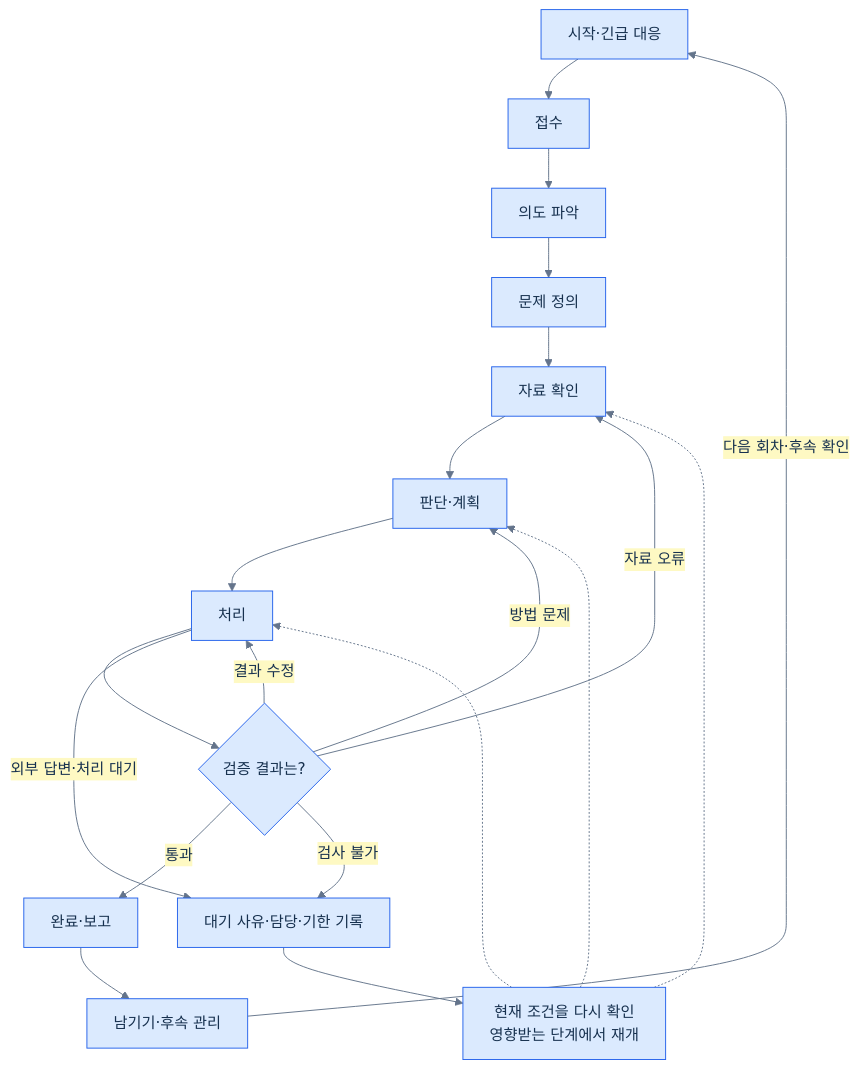
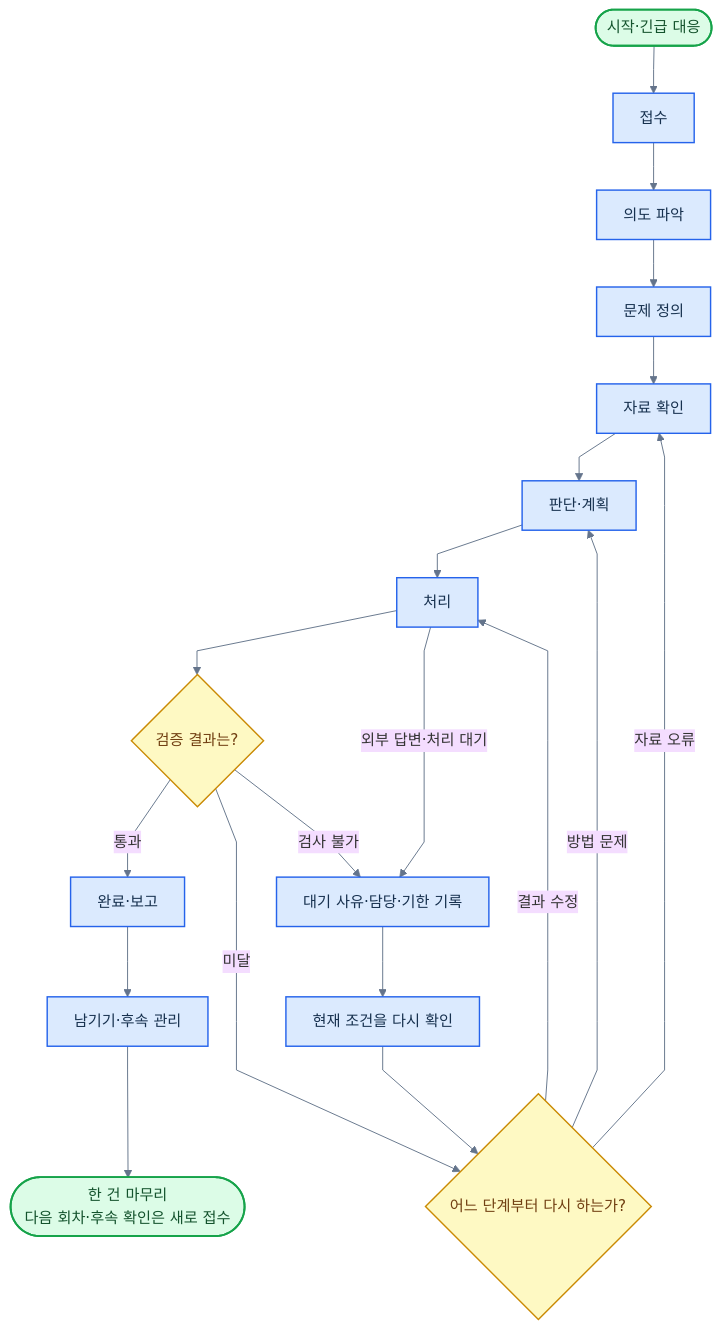
One commit to harisbaguette/expert changed the third of 17 diagrams in 전문가 에이전트 정의 2.md. Above: the diagram before and after it, drawn with Mermaid. The commit also changed other lines of this file, not shown here.

````diff
--- a/전문가 에이전트 정의 2.md
+++ b/전문가 에이전트 정의 2.md
@@ -127,19 +152,33 @@
 ```mermaid
-%%{init: {"theme": "base", "themeVariables": {"fontFamily": "Arial, sans-serif", "fontSize": "16px", "primaryColor": "#dbeafe", "primaryTextColor": "#17314f", "primaryBorderColor": "#2563eb", "lineColor": "#64748b", "secondaryColor": "#fef9c3", "tertiaryColor": "#f8fafc"}, "flowchart": {"curve": "basis", "nodeSpacing": 32, "rankSpacing": 42, "padding": 14, "wrappingWidth": 240, "useMaxWidth": true}}}%%
+%%{init: {"theme":"base","themeVariables":{"fontFamily":"Arial, sans-serif","fontSize":"16px","lineColor":"#64748b"},"flowchart":{"curve":"linear","nodeSpacing":40,"rankSpacing":50,"padding":14,"wrappingWidth":240,"useMaxWidth":true}}}%%
 flowchart TB
-    A["시작·긴급 대응"] --> B["접수"]
-    B --> C["의도 파악"] --> D["문제 정의"]
-    D --> E["자료 확인"] --> F["판단·계획"]
-    F --> G["처리"] --> H{"검증 결과는?"}
-    H -->|통과| I["완료·보고"] --> J["남기기·후속 관리"]
-    H -->|자료 오류| E
-    H -->|방법 문제| F
-    H -->|결과 수정| G
-    H -->|검사 불가| W["대기 사유·담당·기한 기록"]
+    S(["시작·긴급 대응"])
+    B["접수"]
+    C["의도 파악"]
+    D["문제 정의"]
+    E["자료 확인"]
+    F["판단·계획"]
+    G["처리"]
+    H{"검증 결과는?"}
+    I["완료·보고"]
+    J["남기기·후속 관리"]
+    K(["한 건 마무리<br/>다음 회차·후속 확인은 새로 접수"])
+    W["대기 사유·담당·기한 기록"]
+    R["현재 조건을 다시 확인"]
+    RB{"어느 단계부터 다시 하는가?"}
+    S --> B --> C --> D --> E --> F --> G --> H
+    H -->|통과| I --> J --> K
     G -->|외부 답변·처리 대기| W
-    W --> R["현재 조건을 다시 확인<br/>영향받는 단계에서 재개"]
-    R -.-> E
-    R -.-> F
-    R -.-> G
-    J -->|다음 회차·후속 확인| A
+    W --> R --> RB
+    H -->|미달| RB
+    H -->|검사 불가| W
+    RB -->|자료 오류| E
+    RB -->|방법 문제| F
+    RB -->|결과 수정| G
+    classDef default fill:#dbeafe,stroke:#2563eb,stroke-width:1.5px,color:#17314f
+    classDef term fill:#dcfce7,stroke:#16a34a,stroke-width:2px,color:#14532d
+    classDef stop fill:#fee2e2,stroke:#dc2626,stroke-width:2px,color:#7f1d1d
+    classDef dec fill:#fef9c3,stroke:#ca8a04,stroke-width:1.5px,color:#713f12
+    class S,K term
+    class H,RB dec
 ```
````
